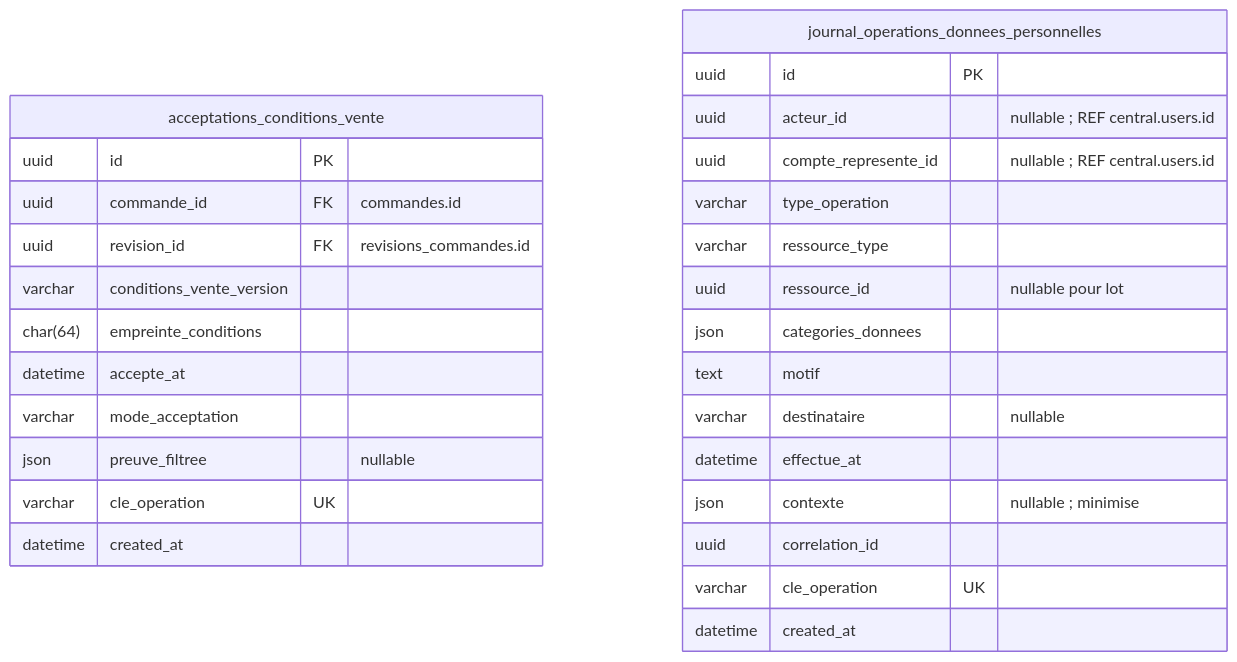
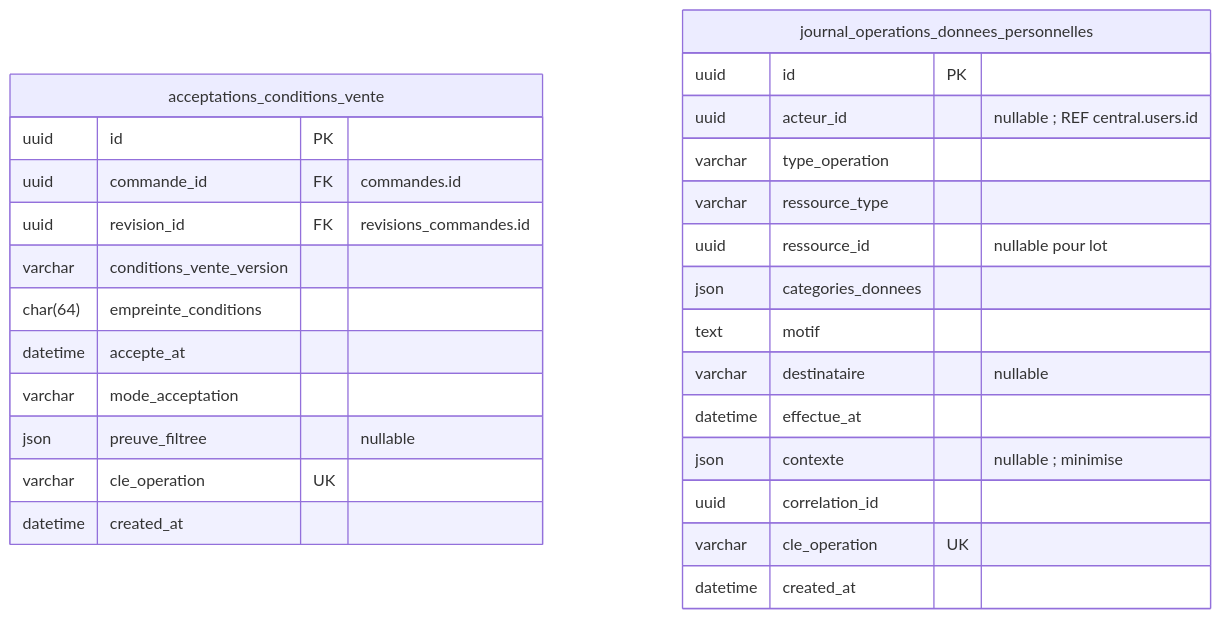
One commit to unitealfa/saas-ecom changed diagram 35 of 37 in Schema-BDD-SaaS-Ecommerce-UUID.md. Above: the diagram before and after it, drawn with Mermaid. The commit also changed other lines of this file, not shown here.

````diff
--- a/Schema-BDD-SaaS-Ecommerce-UUID.md
+++ b/Schema-BDD-SaaS-Ecommerce-UUID.md
@@ -2601,32 +2584,31 @@
 ```mermaid
 erDiagram
     direction TB
     acceptations_conditions_vente {
         uuid id PK
         uuid commande_id FK "commandes.id"
         uuid revision_id FK "revisions_commandes.id"
         varchar conditions_vente_version
         char(64) empreinte_conditions
         datetime accepte_at
         varchar mode_acceptation
         json preuve_filtree "nullable"
         varchar cle_operation UK
         datetime created_at
     }
     journal_operations_donnees_personnelles {
         uuid id PK
         uuid acteur_id "nullable ; REF central.users.id"
-        uuid compte_represente_id "nullable ; REF central.users.id"
         varchar type_operation
         varchar ressource_type
         uuid ressource_id "nullable pour lot"
         json categories_donnees
         text motif
         varchar destinataire "nullable"
         datetime effectue_at
         json contexte "nullable ; minimise"
         uuid correlation_id
         varchar cle_operation UK
         datetime created_at
     }
 ```
````
